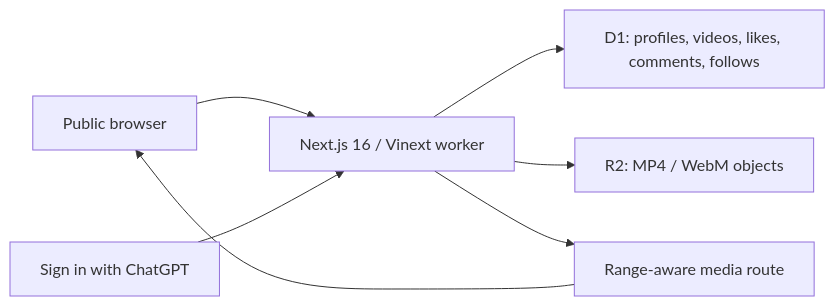
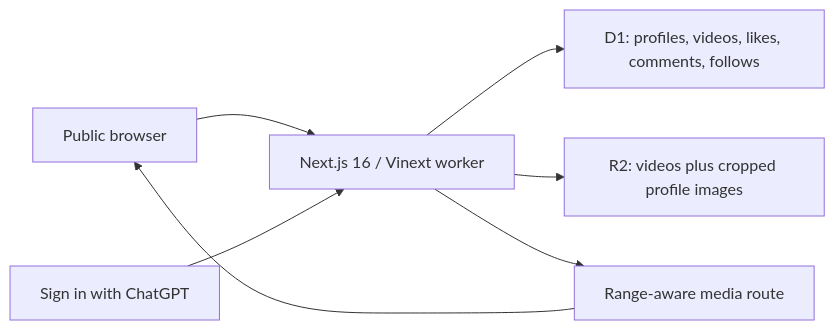
One commit to IamOumarIbrahim/pumblo changed the diagram in README.md. Above: the diagram before and after it, drawn with Mermaid. The commit also changed other lines of this file and 45 other files, not shown here.

````diff
--- a/README.md
+++ b/README.md
@@ -83,9 +84,9 @@
 ```mermaid
 flowchart LR
     B["Public browser"] --> W["Next.js 16 / Vinext worker"]
     A["Sign in with ChatGPT"] --> W
     W --> D["D1: profiles, videos, likes, comments, follows"]
-    W --> R["R2: MP4 / WebM objects"]
+    W --> R["R2: videos plus cropped profile images"]
     W --> M["Range-aware media route"]
     M --> B
 ```
````
